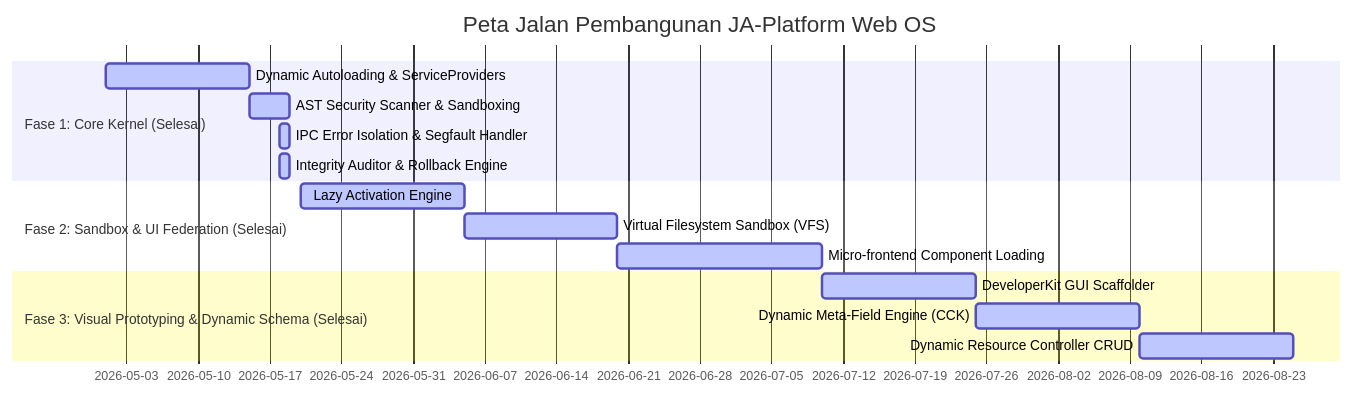
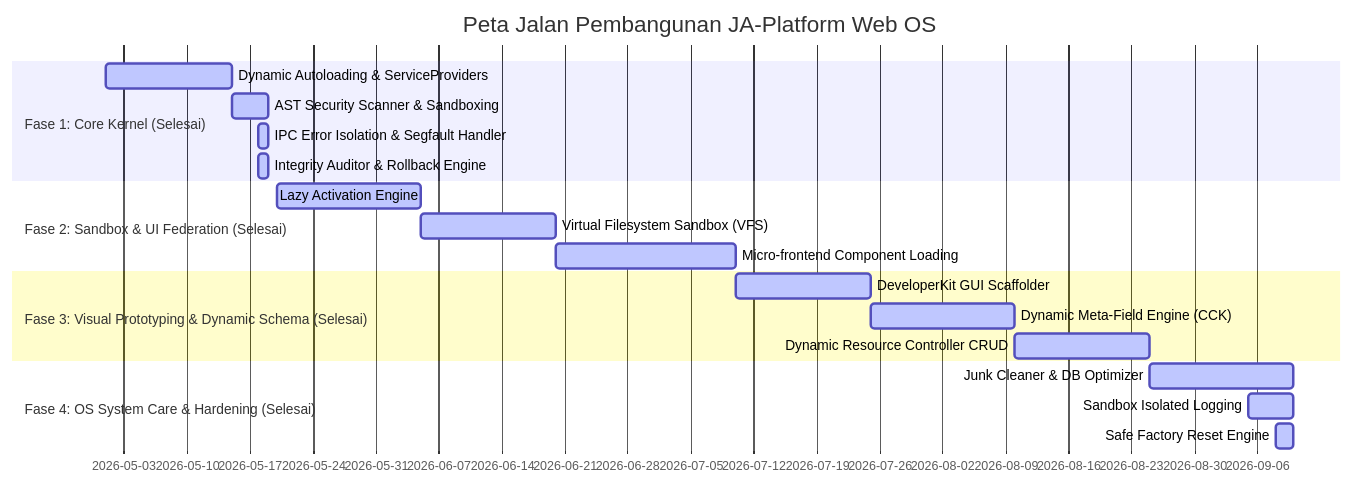
The diagram in docs/plan/ja_platform_web_os_master_blueprint.md (jejak-awan/ja-platform), drawn with Mermaid before and after one commit. The commit also changed other lines of this file and 26 other files, not shown here.

First line of the commit message:
feat(web-os): implement Phase 4 system care & unified polymorphic tenant scoping

````diff
--- a/docs/plan/ja_platform_web_os_master_blueprint.md
+++ b/docs/plan/ja_platform_web_os_master_blueprint.md
@@ -9,18 +9,22 @@
 ```mermaid
 gantt
     title Peta Jalan Pembangunan JA-Platform Web OS
     dateFormat  YYYY-MM-DD
     section Fase 1: Core Kernel (Selesai)
     Dynamic Autoloading & ServiceProviders :active, 2026-05-01, 2026-05-15
     AST Security Scanner & Sandboxing :active, 2026-05-15, 2026-05-19
     IPC Error Isolation & Segfault Handler :active, 2026-05-18, 2026-05-19
     Integrity Auditor & Rollback Engine :active, 2026-05-18, 2026-05-19
     section Fase 2: Sandbox & UI Federation (Selesai)
     Lazy Activation Engine :active, 2026-05-20, 2026-06-05
     Virtual Filesystem Sandbox (VFS) :active, 2026-06-05, 2026-06-20
     Micro-frontend Component Loading :active, 2026-06-20, 2026-07-10
     section Fase 3: Visual Prototyping & Dynamic Schema (Selesai)
     DeveloperKit GUI Scaffolder :active, 2026-07-10, 2026-07-25
     Dynamic Meta-Field Engine (CCK) :active, 2026-07-25, 2026-08-10
     Dynamic Resource Controller CRUD :active, 2026-08-10, 2026-08-25
+    section Fase 4: OS System Care & Hardening (Selesai)
+    Junk Cleaner & DB Optimizer :active, 2026-08-25, 2026-09-10
+    Sandbox Isolated Logging :active, 2026-09-05, 2026-09-10
+    Safe Factory Reset Engine :active, 2026-09-08, 2026-09-10
 ```
````
